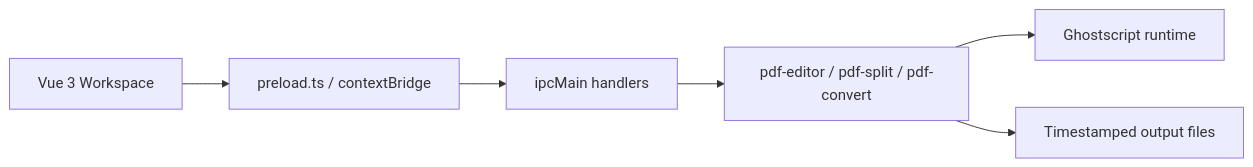
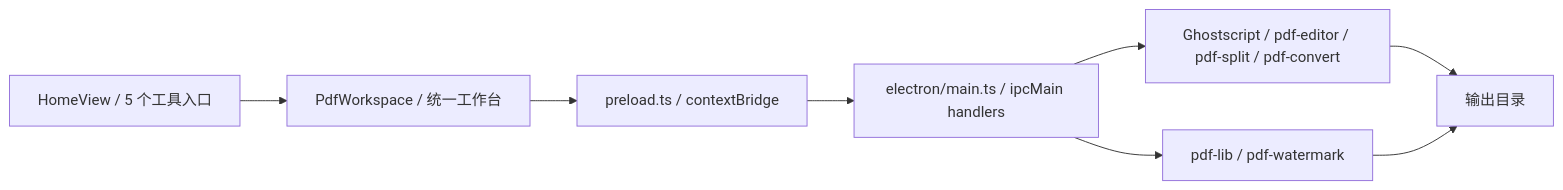
The diagram in README.md (Fussyzhy/Pdf-Squeezer), drawn with Mermaid before and after one commit. The commit also changed other lines of this file and 4 other files, not shown here.

````diff
--- a/README.md
+++ b/README.md
@@ -110,8 +95,10 @@
 ```mermaid
 flowchart LR
-    UI["Vue 3 Workspace"] --> Bridge["preload.ts / contextBridge"]
-    Bridge --> IPC["ipcMain handlers"]
-    IPC --> Engine["pdf-editor / pdf-split / pdf-convert"]
-    Engine --> GS["Ghostscript runtime"]
-    Engine --> Output["Timestamped output files"]
+    Home["HomeView / 5 个工具入口"] --> Workspace["PdfWorkspace / 统一工作台"]
+    Workspace --> Bridge["preload.ts / contextBridge"]
+    Bridge --> IPC["electron/main.ts / ipcMain handlers"]
+    IPC --> GS["Ghostscript / pdf-editor / pdf-split / pdf-convert"]
+    IPC --> Watermark["pdf-lib / pdf-watermark"]
+    GS --> Output["输出目录"]
+    Watermark --> Output
 ```
````
